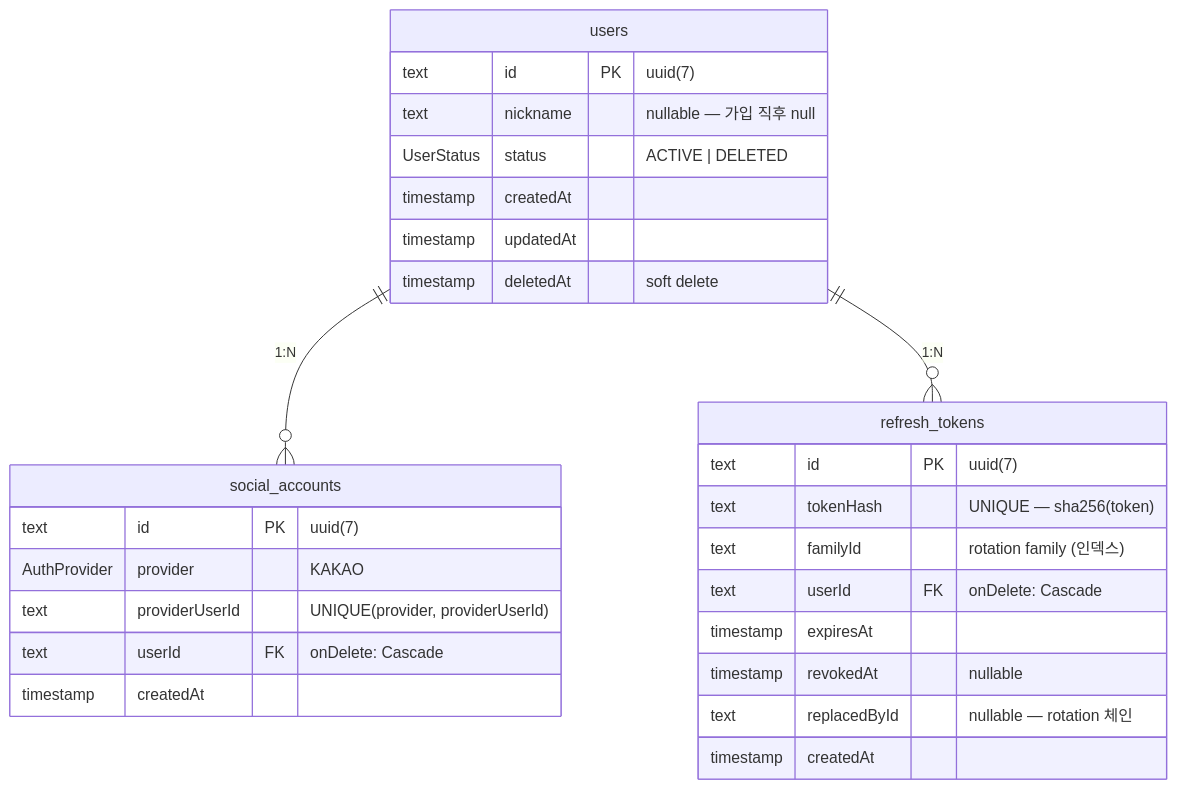
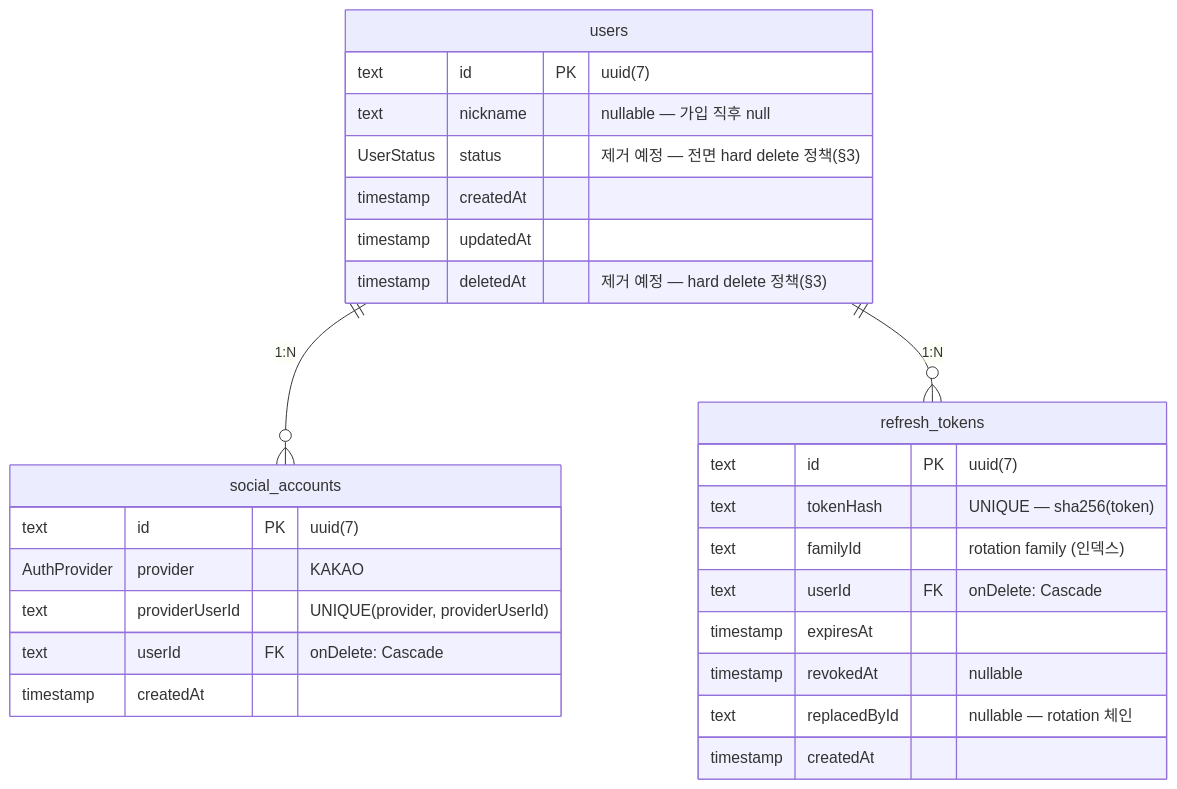
Before and after one commit to Remember-In/Tripic: the second of 3 diagrams in docs/10-auth-db-design.md, drawn with Mermaid. The commit also changed other lines of this file and 10 other files, not shown here.

````diff
--- a/docs/10-auth-db-design.md
+++ b/docs/10-auth-db-design.md
@@ -88,33 +93,33 @@
 ```mermaid
 erDiagram
     users ||--o{ social_accounts : "1:N"
     users ||--o{ refresh_tokens : "1:N"
 
     users {
         text id PK "uuid(7)"
         text nickname "nullable — 가입 직후 null"
-        UserStatus status "ACTIVE | DELETED"
+        UserStatus status "제거 예정 — 전면 hard delete 정책(§3)"
         timestamp createdAt
         timestamp updatedAt
-        timestamp deletedAt "soft delete"
+        timestamp deletedAt "제거 예정 — hard delete 정책(§3)"
     }
 
     social_accounts {
         text id PK "uuid(7)"
         AuthProvider provider "KAKAO"
         text providerUserId "UNIQUE(provider, providerUserId)"
         text userId FK "onDelete: Cascade"
         timestamp createdAt
     }
 
     refresh_tokens {
         text id PK "uuid(7)"
         text tokenHash "UNIQUE — sha256(token)"
         text familyId "rotation family (인덱스)"
         text userId FK "onDelete: Cascade"
         timestamp expiresAt
         timestamp revokedAt "nullable"
         text replacedById "nullable — rotation 체인"
         timestamp createdAt
     }
 ```
````
